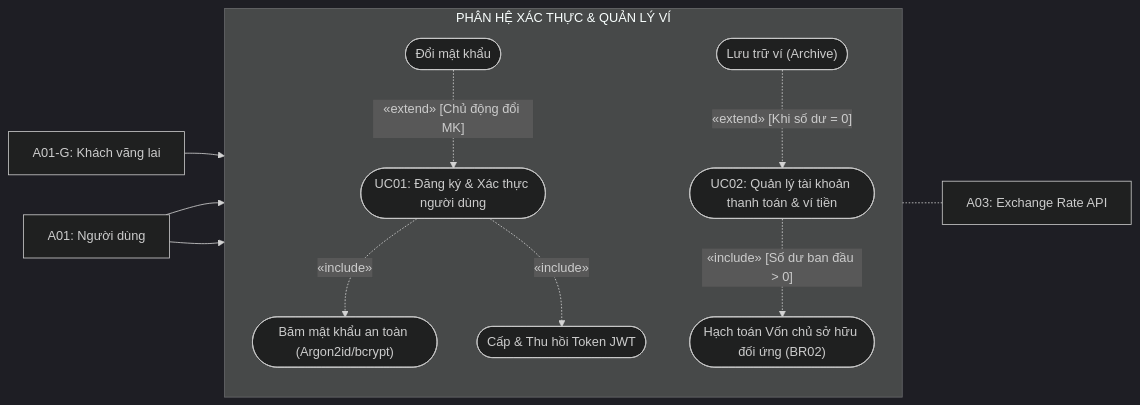
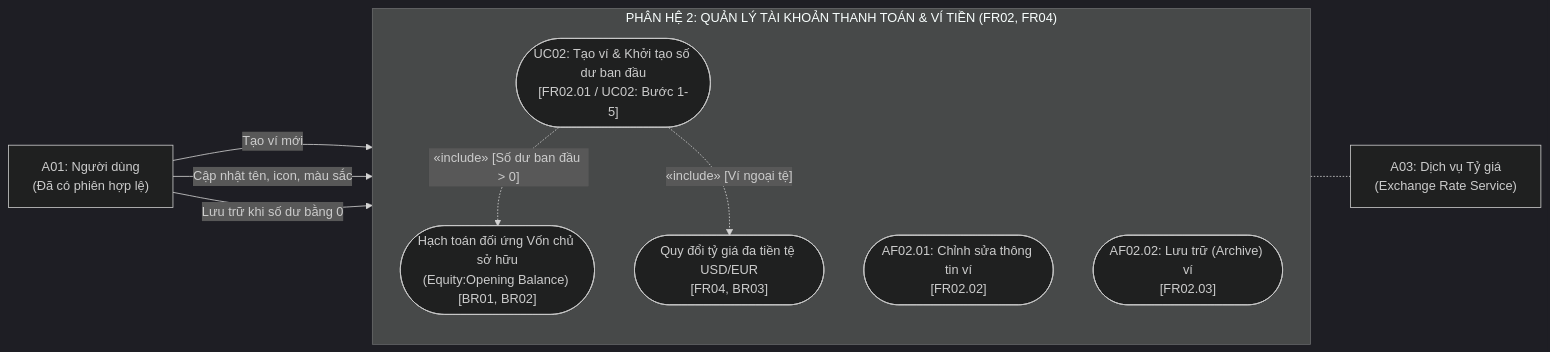
One commit to huytothevoz/SE---Microfinance-Personal-Wealth-Expense-Tracker changed the third of 14 diagrams in docs/02_elaboration/uml_modeling/usecase_diagram.md. Above: the diagram before and after it, drawn with Mermaid (dark theme). The commit also changed other lines of this file and 1 other file, not shown here.

Commit message:
docs(uml): update usecase diagrams to v2.1 and add bidirectional mapping links to SRS

````diff
--- a/docs/02_elaboration/uml_modeling/usecase_diagram.md
+++ b/docs/02_elaboration/uml_modeling/usecase_diagram.md
@@ -80,34 +156,29 @@
 ```mermaid
 flowchart LR
     %% Actors
-    Guest["A01-G: Khách vãng lai"]
-    User["A01: Người dùng"]
-    FX["A03: Exchange Rate API"]
+    User["A01: Người dùng<br/>(Đã có phiên hợp lệ)"]
+    ExchangeAPI["A03: Dịch vụ Tỷ giá<br/>(Exchange Rate Service)"]
 
-    subgraph Boundary_Auth["PHÂN HỆ XÁC THỰC & QUẢN LÝ VÍ"]
+    subgraph Boundary_Wallet["PHÂN HỆ 2: QUẢN LÝ TÀI KHOẢN THANH TOÁN & VÍ TIỀN (FR02, FR04)"]
         direction TB
 
-        UC01(["UC01: Đăng ký & Xác thực người dùng"])
-        UC01_Hash(["Băm mật khẩu an toàn (Argon2id/bcrypt)"])
-        UC01_JWT(["Cấp & Thu hồi Token JWT"])
-        UC01_Reset(["Đổi mật khẩu"])
-
-        UC02(["UC02: Quản lý tài khoản thanh toán & ví tiền"])
-        UC02_Equity(["Hạch toán Vốn chủ sở hữu đối ứng (BR02)"])
-        UC02_Archive(["Lưu trữ ví (Archive)"])
+        UC02(["UC02: Tạo ví & Khởi tạo số dư ban đầu<br/>[FR02.01 / UC02: Bước 1-5]"])
+        UC02_Equity(["Hạch toán đối ứng Vốn chủ sở hữu<br/>(Equity:Opening Balance) [BR01, BR02]"])
+        UC02_Fx(["Quy đổi tỷ giá đa tiền tệ USD/EUR<br/>[FR04, BR03]"])
+        
+        AF02_01(["AF02.01: Chỉnh sửa thông tin ví<br/>[FR02.02]"])
+        AF02_02(["AF02.02: Lưu trữ (Archive) ví<br/>[FR02.03]"])
     end
 
-    %% Tương tác
-    Guest --> UC01
-    User --> UC01
-    User --> UC02
-    UC02 -.- FX
+    %% Tương tác của Tác nhân chính
+    User -->|"Tạo ví mới"| UC02
+    User -->|"Cập nhật tên, icon, màu sắc"| AF02_01
+    User -->|"Lưu trữ khi số dư bằng 0"| AF02_02
 
-    %% Include / Extend
-    UC01 -.->|"«include»"| UC01_Hash
-    UC01 -.->|"«include»"| UC01_JWT
-    UC01_Reset -.->|"«extend» [Chủ động đổi MK]"| UC01
+    %% Quan hệ Include trong Use Case
+    UC02 -.->|"«include» [Số dư ban đầu > 0]"| UC02_Equity
+    UC02 -.->|"«include» [Ví ngoại tệ]"| UC02_Fx
 
-    UC02 -.->|"«include» [Số dư ban đầu > 0]"| UC02_Equity
-    UC02_Archive -.->|"«extend» [Khi số dư = 0]"| UC02
+    %% Tương tác của Tác nhân phụ (Dịch vụ bên ngoài)
+    UC02_Fx -.- ExchangeAPI
 ```
````
